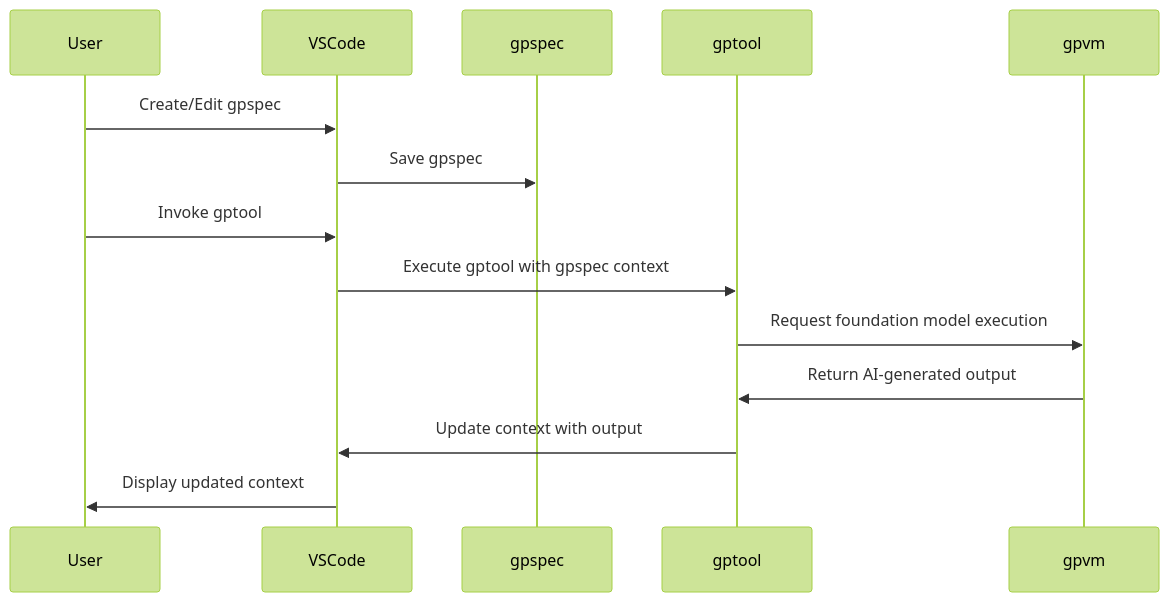
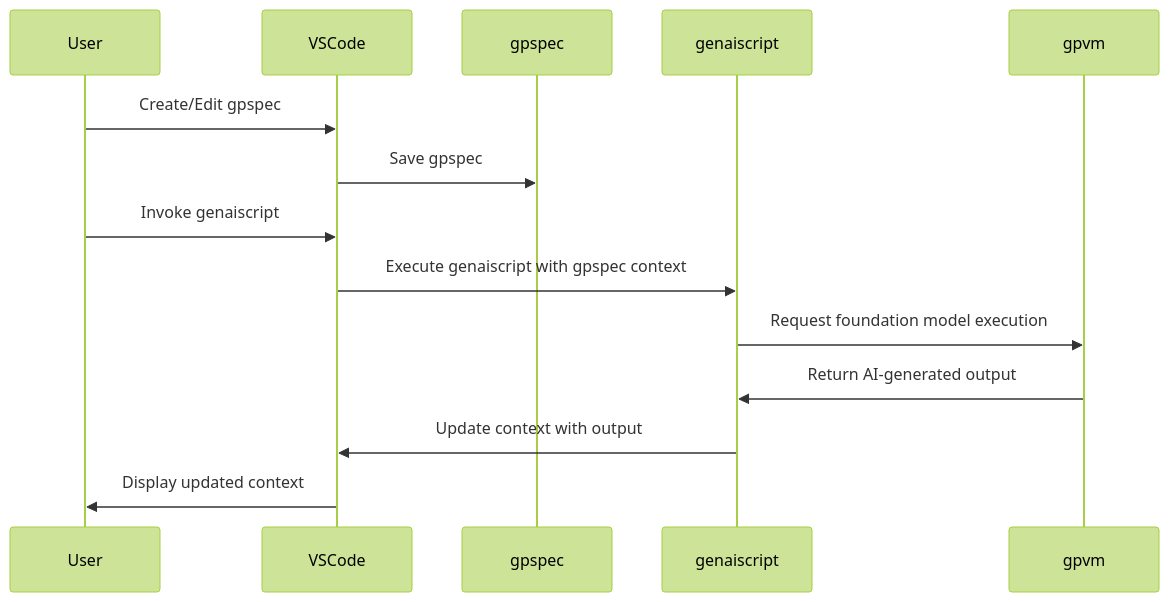
Before and after one commit to microsoft/genaiscript: the third of 3 diagrams in packages/whitepaper/gptools-wp.diagrams.md, drawn with Mermaid (forest theme). The commit also changed other lines of this file and 31 other files, not shown here.

````diff
--- a/packages/whitepaper/gptools-wp.diagrams.md
+++ b/packages/whitepaper/gptools-wp.diagrams.md
@@ -33,16 +33,16 @@
 ```mermaid
 sequenceDiagram
 participant User
 participant VSCode
 participant gpspec
-participant gptool
+participant genaiscript
 participant gpvm
 User->>VSCode: Create/Edit gpspec
 VSCode->>gpspec: Save gpspec
-User->>VSCode: Invoke gptool
-VSCode->>gptool: Execute gptool with gpspec context
-gptool->>gpvm: Request foundation model execution
-gpvm->>gptool: Return AI-generated output
-gptool->>VSCode: Update context with output
+User->>VSCode: Invoke genaiscript
+VSCode->>genaiscript: Execute genaiscript with gpspec context
+genaiscript->>gpvm: Request foundation model execution
+gpvm->>genaiscript: Return AI-generated output
+genaiscript->>VSCode: Update context with output
 VSCode->>User: Display updated context
 ```
````
